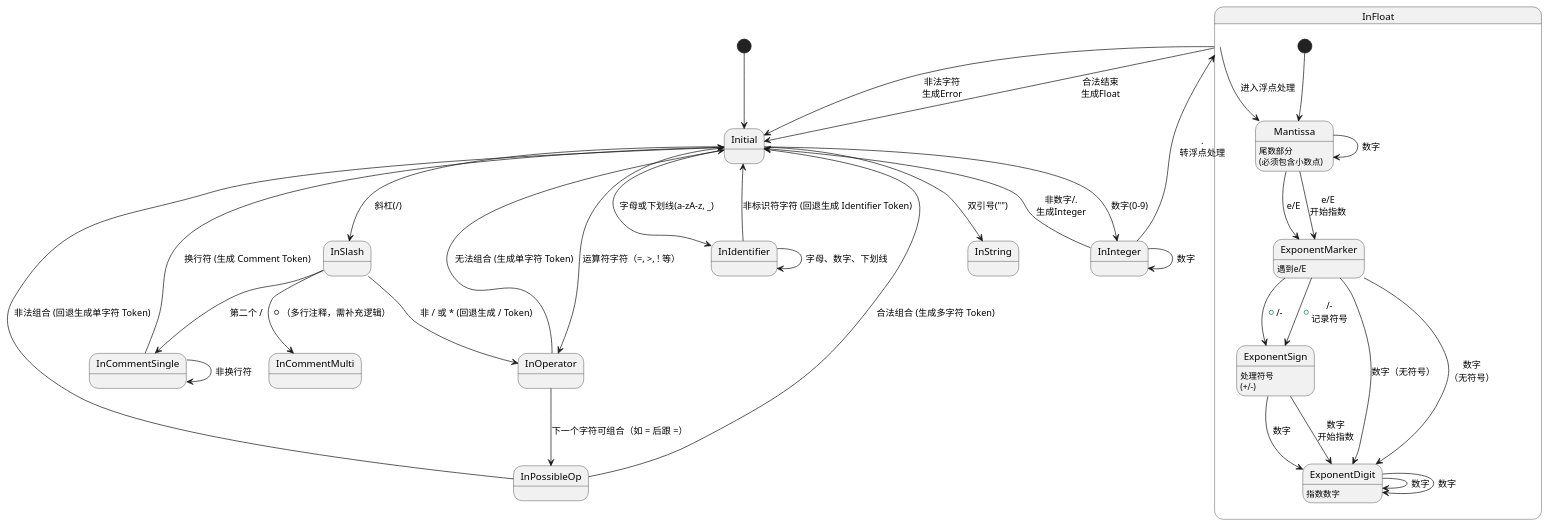
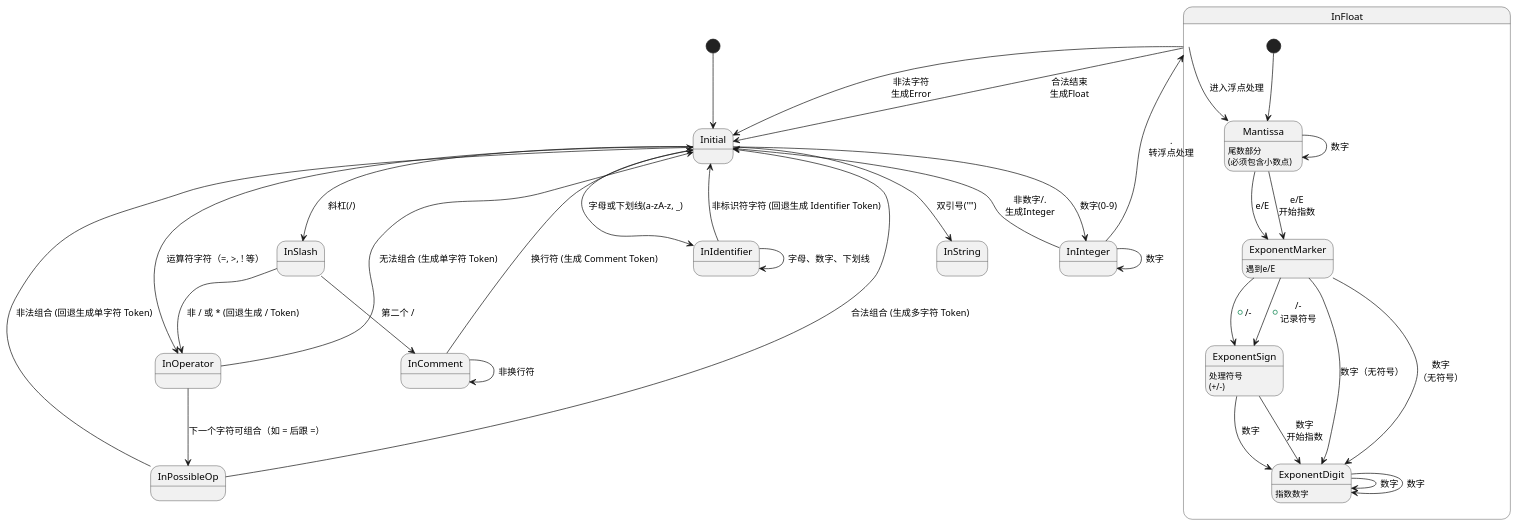
The diagram in state.plantuml (aleksichen/tvscript), drawn with PlantUML before and after one commit. The commit also changed 7 other files, not shown here.

```diff
--- a/state.plantuml
+++ b/state.plantuml
@@ -1,68 +1,67 @@
 @startuml
 
 '=== 状态定义 ===
 state Initial
 state InInteger
 state InFloat {
     state Mantissa : 尾数部分\n(必须包含小数点)
     state ExponentMarker : 遇到e/E
     state ExponentSign : 处理符号\n(+/-)
     state ExponentDigit : 指数数字
     [*] --> Mantissa
     Mantissa --> ExponentMarker : e/E
     ExponentMarker --> ExponentSign : +/-
     ExponentSign --> ExponentDigit : 数字
     ExponentMarker --> ExponentDigit : 数字（无符号）
     ExponentDigit --> ExponentDigit : 数字
 }
 state InIdentifier
 state InSlash
 state InOperator
 state InPossibleOp
-state InCommentSingle
+state InComment
 
 '=== 初始状态转换 ===
 [*] --> Initial
 Initial --> InInteger: 数字(0-9)
 Initial --> InIdentifier: 字母或下划线(a-zA-z, _)
 Initial --> InSlash: 斜杠(/)
 Initial --> InOperator: 运算符字符（=, >, ! 等）
 Initial --> InString: 双引号("")
 
 '=== 详细转换规则 ===
 ' 1. 数字处理
 InInteger --> InInteger: 数字
 InInteger --> InFloat: .\n转浮点处理
 InInteger --> Initial: 非数字/.\n生成Integer
 
 ' 2. 浮点数处理
 InFloat --> Mantissa: 进入浮点处理
 Mantissa --> Mantissa: 数字
 Mantissa --> ExponentMarker: e/E\n开始指数
 ExponentMarker --> ExponentSign: +/-\n记录符号
 ExponentSign --> ExponentDigit: 数字\n开始指数
 ExponentMarker --> ExponentDigit: 数字\n（无符号）
 ExponentDigit --> ExponentDigit: 数字
 InFloat --> Initial: 合法结束\n生成Float
 InFloat --> Initial: 非法字符\n生成Error
 
 ' 3. 标识符处理
 InIdentifier --> InIdentifier: 字母、数字、下划线
 InIdentifier --> Initial: 非标识符字符 (回退生成 Identifier Token)
 
 ' 4. 斜杠处理（注释或运算符）
-InSlash --> InCommentSingle: 第二个 /
+InSlash --> InComment: 第二个 /
 InSlash --> InOperator: 非 / 或 * (回退生成 / Token)
-InSlash --> InCommentMulti: * （多行注释，需补充逻辑）
 
 ' 5. 单行注释处理
-InCommentSingle --> InCommentSingle: 非换行符
-InCommentSingle --> Initial: 换行符 (生成 Comment Token)
+InComment --> InComment: 非换行符
+InComment --> Initial: 换行符 (生成 Comment Token)
 
 ' 6. 运算符处理
 InOperator --> InPossibleOp: 下一个字符可组合（如 = 后跟 =）
 InOperator --> Initial: 无法组合 (生成单字符 Token)
 InPossibleOp --> Initial: 合法组合 (生成多字符 Token)
 InPossibleOp --> Initial: 非法组合 (回退生成单字符 Token)
 
 @enduml
```
